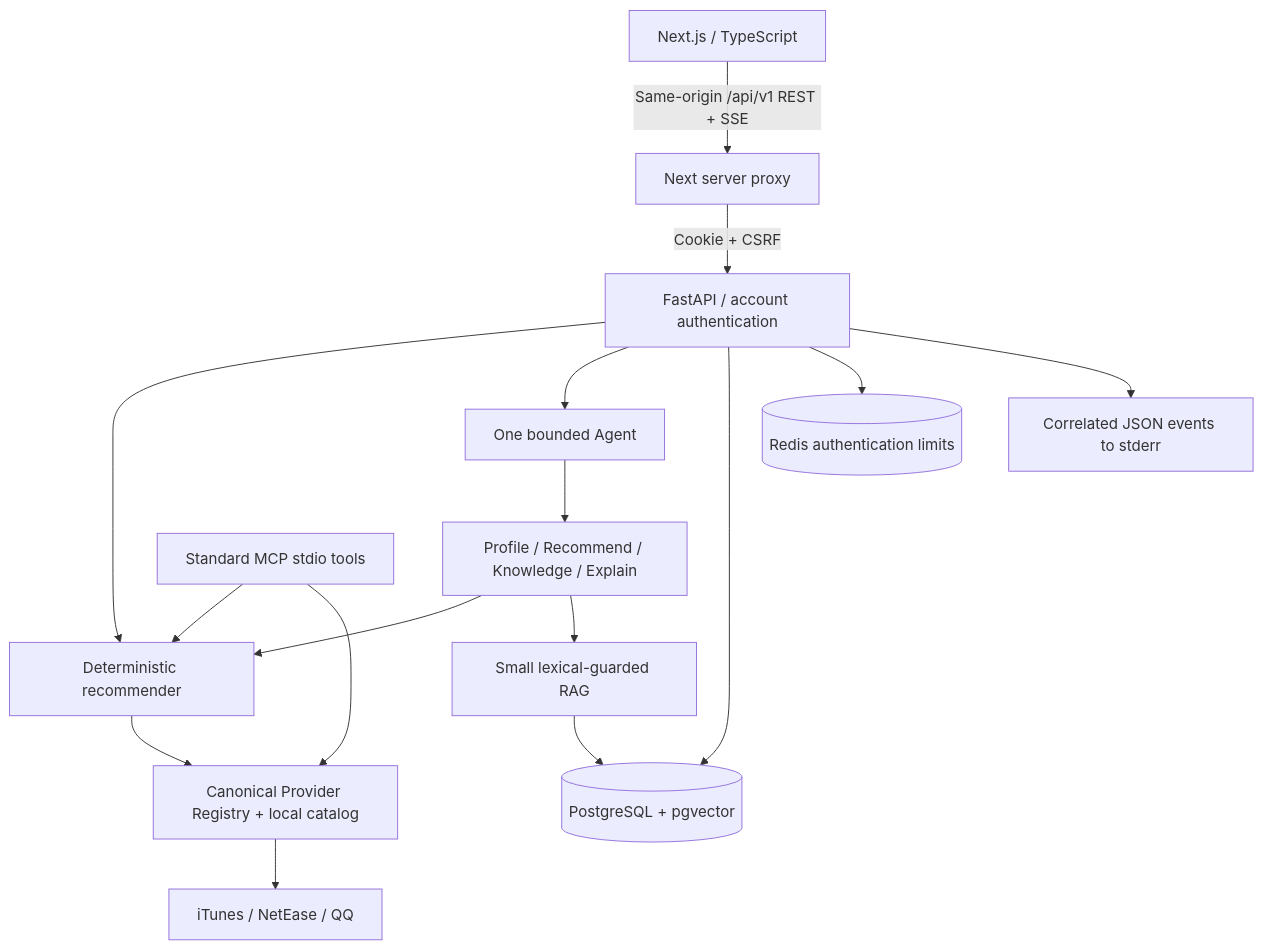
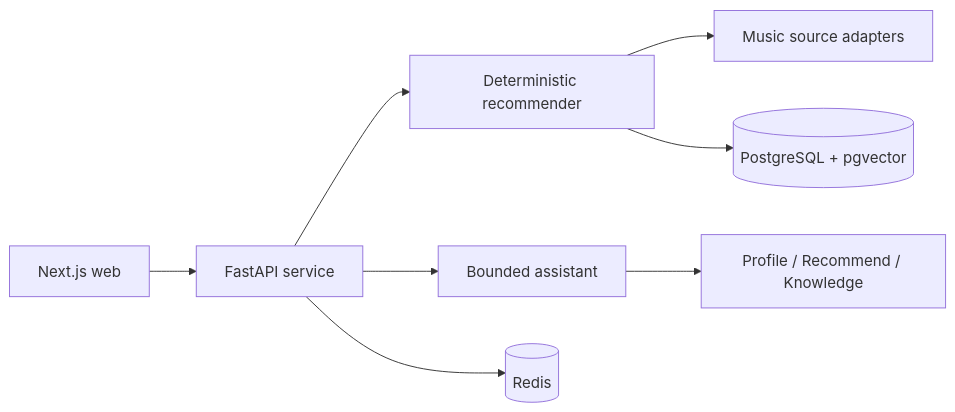
The diagram in README.md (jiangking22/sonora), drawn with Mermaid before and after one commit. The commit also changed other lines of this file and 3 other files, not shown here.

````diff
--- a/README.md
+++ b/README.md
@@ -148,18 +39,10 @@
 ```mermaid
-flowchart TB
-  Web[Next.js / TypeScript] -->|Same-origin /api/v1 REST + SSE| Proxy[Next server proxy]
-  Proxy -->|Cookie + CSRF| API[FastAPI / account authentication]
+flowchart LR
+  Web[Next.js web] --> API[FastAPI service]
   API --> Rec[Deterministic recommender]
-  API --> Agent[One bounded Agent]
-  Agent --> Tools[Profile / Recommend / Knowledge / Explain]
-  Tools --> Rec
-  Tools --> RAG[Small lexical-guarded RAG]
-  Rec --> Registry[Canonical Provider Registry + local catalog]
-  Registry --> Sources[iTunes / NetEase / QQ]
-  API --> PG[(PostgreSQL + pgvector)]
-  RAG --> PG
-  API --> Redis[(Redis authentication limits)]
-  MCP[Standard MCP stdio tools] --> Rec
-  MCP --> Registry
-  API --> Logs[Correlated JSON events to stderr]
+  API --> Agent[Bounded assistant]
+  Rec --> Sources[Music source adapters]
+  Rec --> DB[(PostgreSQL + pgvector)]
+  API --> Redis[(Redis)]
+  Agent --> Tools[Profile / Recommend / Knowledge]
 ```
````
